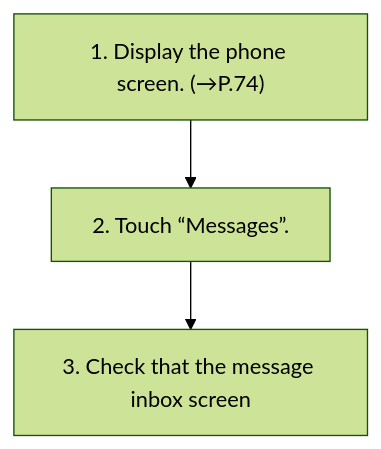
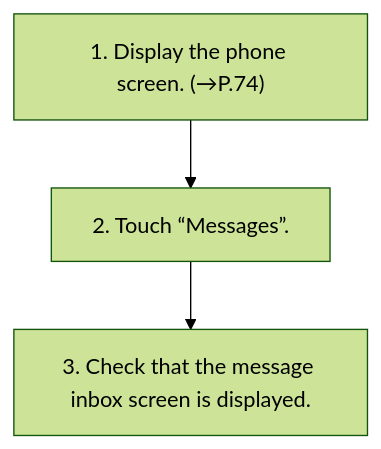
The diagram in workspace/subaru/outback-2026/ivi/published/phone/15-bluetooth-phone-message-function.md (Chieko-Y/my-spec-generator), drawn with Mermaid (forest theme) before and after one commit. The commit also changed other lines of this file and 477 other files, not shown here.

````diff
--- a/workspace/subaru/outback-2026/ivi/published/phone/15-bluetooth-phone-message-function.md
+++ b/workspace/subaru/outback-2026/ivi/published/phone/15-bluetooth-phone-message-function.md
@@ -14,8 +14,8 @@
 ```mermaid
 flowchart TD
     S1["1. Display the phone screen. (→P.74)"]
     S2["2. Touch “Messages”."]
-    S3["3. Check that the message inbox screen"]
+    S3["3. Check that the message inbox screen is displayed."]
     S1 --> S2
     S2 --> S3
 ```
````
